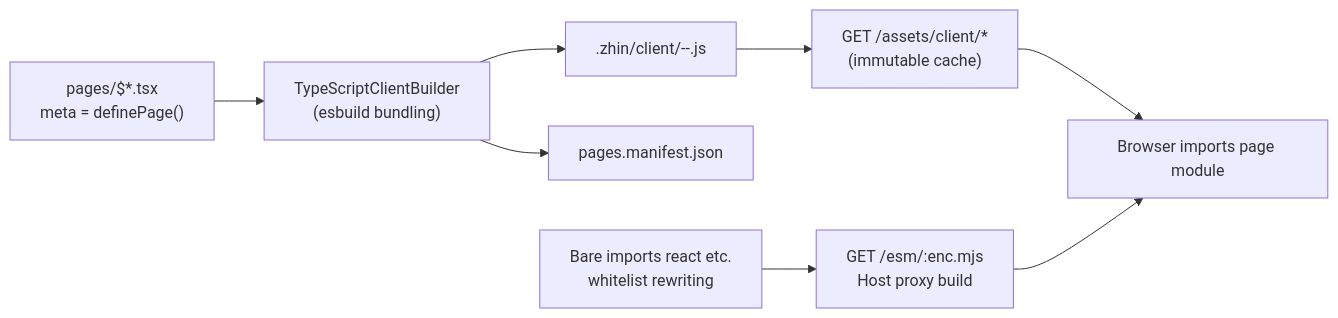
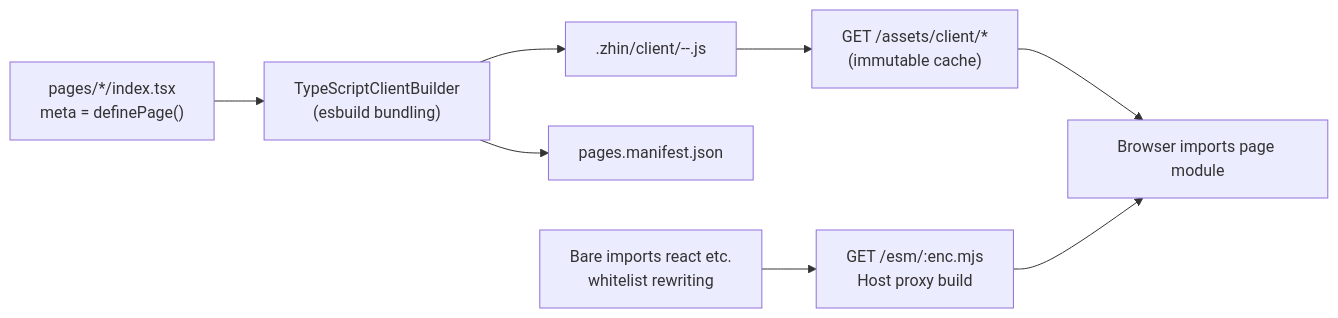
The diagram in docs/en/authoring/console-pages.md (zhinjs/zhin), drawn with Mermaid before and after one commit. The commit also changed other lines of this file and 1011 other files, not shown here.

````diff
--- a/docs/en/authoring/console-pages.md
+++ b/docs/en/authoring/console-pages.md
@@ -61,10 +61,10 @@
 ```mermaid
 flowchart LR
-    A["pages/$*.tsx<br/>meta = definePage()"] --> B["TypeScriptClientBuilder<br/>(esbuild bundling)"]
+    A["pages/*/index.tsx<br/>meta = definePage()"] --> B["TypeScriptClientBuilder<br/>(esbuild bundling)"]
     B --> C[".zhin/client/<owner>-<name>-<hash>.js"]
     B --> D["pages.manifest.json"]
     C --> E["GET /assets/client/*<br/>(immutable cache)"]
     F["Bare imports react etc.<br/>whitelist rewriting"] --> G["GET /esm/:enc.mjs<br/>Host proxy build"]
     E --> H[Browser imports page module]
     G --> H
 ```
````
